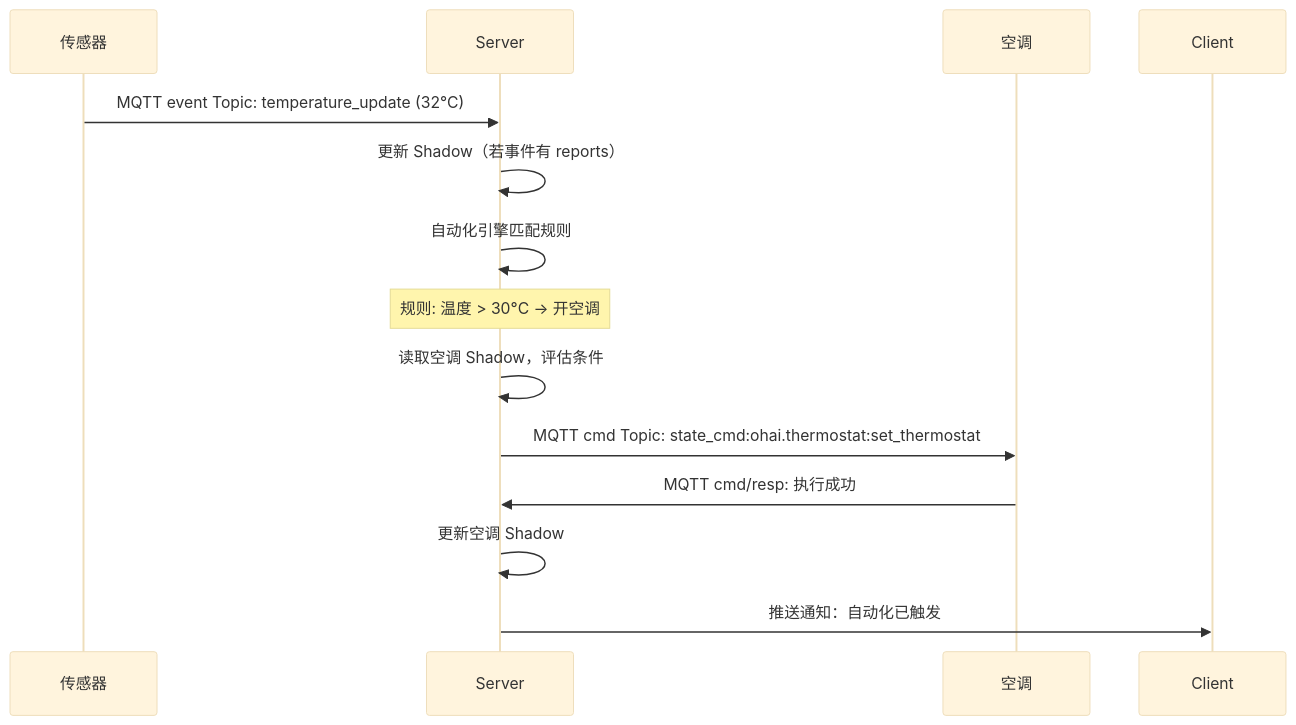
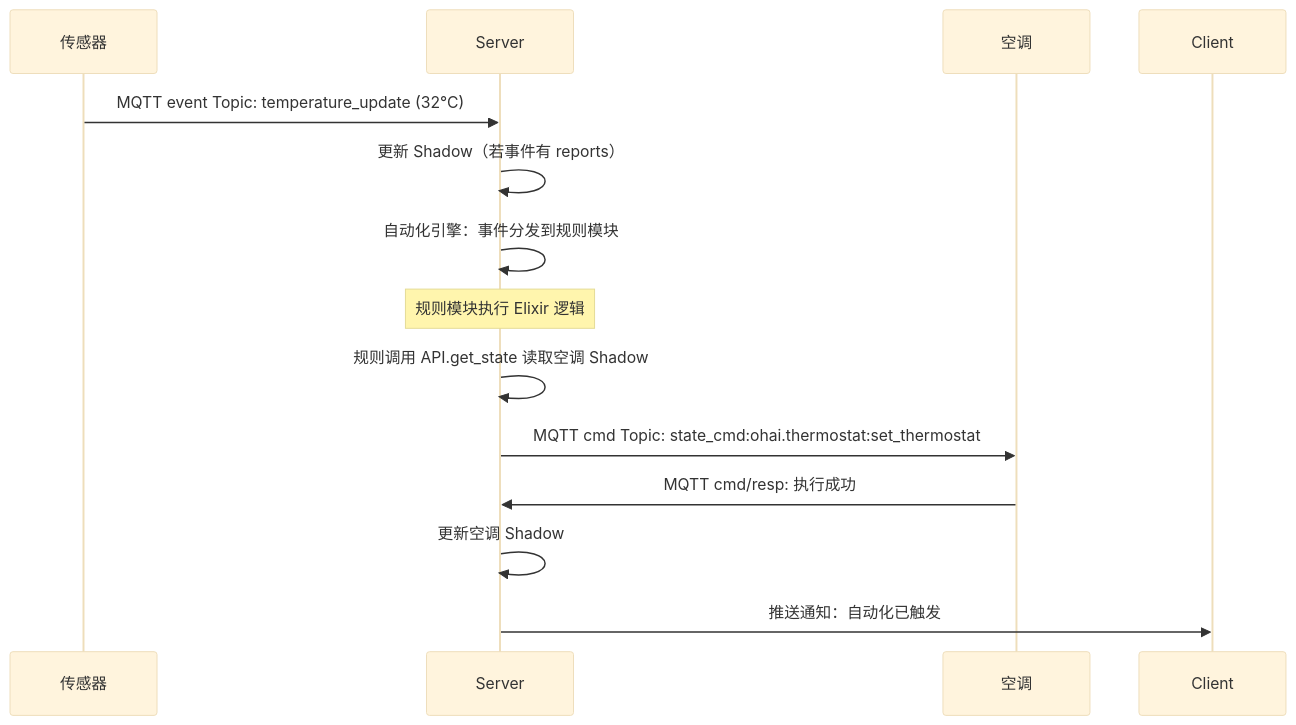
Before and after one commit to yeahbai08/ohai: the fourth of 5 diagrams in docs/protocol/protocol-framework.md, drawn with Mermaid (base theme). The commit also changed 2 other files, not shown here.

Commit message:
refactor AI integreation rules use Elixir code

````diff
--- a/docs/protocol/protocol-framework.md
+++ b/docs/protocol/protocol-framework.md
@@ -237,17 +237,17 @@
 ```mermaid
 sequenceDiagram
     participant D1 as 传感器
     participant S as Server
     participant D2 as 空调
     participant C as Client
 
     D1->>S: MQTT event Topic: temperature_update (32°C)
     S->>S: 更新 Shadow（若事件有 reports）
-    S->>S: 自动化引擎匹配规则
-    Note over S: 规则: 温度 > 30°C → 开空调
-    S->>S: 读取空调 Shadow，评估条件
+    S->>S: 自动化引擎：事件分发到规则模块
+    Note over S: 规则模块执行 Elixir 逻辑
+    S->>S: 规则调用 API.get_state 读取空调 Shadow
     S->>D2: MQTT cmd Topic: state_cmd:ohai.thermostat:set_thermostat
     D2->>S: MQTT cmd/resp: 执行成功
     S->>S: 更新空调 Shadow
     S->>C: 推送通知：自动化已触发
 ```
````
